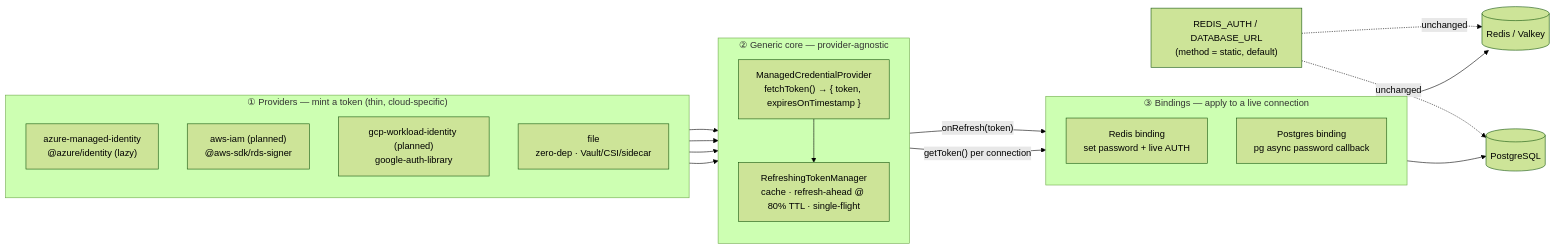
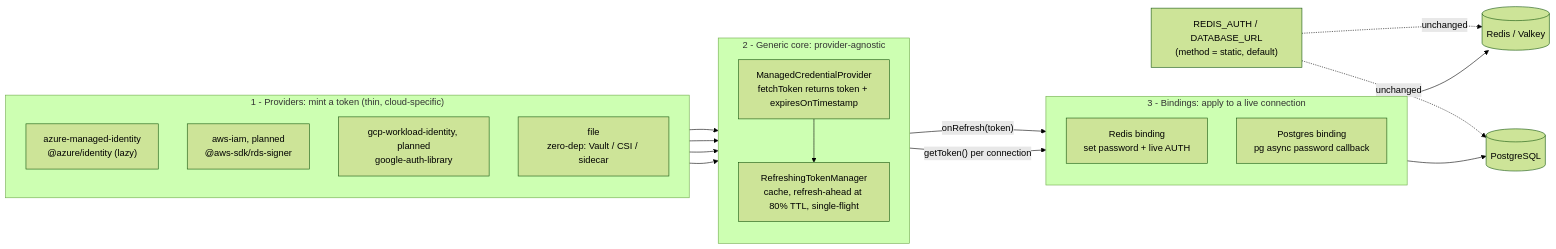
Before and after one commit to langfuse/langfuse: the first of 3 diagrams in packages/shared/src/server/auth/credentials/README.md, drawn with Mermaid (forest theme). The commit also changed other lines of this file, not shown here.

Commit message:
docs(redis): fix mermaid rendering and explain static-bypass rationale

````diff
--- a/packages/shared/src/server/auth/credentials/README.md
+++ b/packages/shared/src/server/auth/credentials/README.md
@@ -19,37 +19,37 @@
 ```mermaid
 flowchart LR
-  subgraph P["① Providers — mint a token (thin, cloud-specific)"]
+  subgraph P["1 - Providers: mint a token (thin, cloud-specific)"]
     direction TB
     AZ["azure-managed-identity<br/>@azure/identity (lazy)"]
-    AWS["aws-iam (planned)<br/>@aws-sdk/rds-signer"]
-    GCP["gcp-workload-identity (planned)<br/>google-auth-library"]
-    FILE["file<br/>zero-dep · Vault/CSI/sidecar"]
+    AWS["aws-iam, planned<br/>@aws-sdk/rds-signer"]
+    GCP["gcp-workload-identity, planned<br/>google-auth-library"]
+    FILE["file<br/>zero-dep: Vault / CSI / sidecar"]
   end
 
-  subgraph C["② Generic core — provider-agnostic"]
+  subgraph C["2 - Generic core: provider-agnostic"]
     direction TB
-    IFACE["ManagedCredentialProvider<br/>fetchToken() → { token, expiresOnTimestamp }"]
-    MGR["RefreshingTokenManager<br/>cache · refresh-ahead @ 80% TTL · single-flight"]
+    IFACE["ManagedCredentialProvider<br/>fetchToken returns token + expiresOnTimestamp"]
+    MGR["RefreshingTokenManager<br/>cache, refresh-ahead at 80% TTL, single-flight"]
     IFACE --> MGR
   end
 
-  subgraph B["③ Bindings — apply to a live connection"]
+  subgraph B["3 - Bindings: apply to a live connection"]
     direction TB
     RB["Redis binding<br/>set password + live AUTH"]
     PB["Postgres binding<br/>pg async password callback"]
   end
 
   AZ --> IFACE
   AWS --> IFACE
   GCP --> IFACE
   FILE --> IFACE
 
   MGR -->|"onRefresh(token)"| RB
   MGR -->|"getToken() per connection"| PB
 
   RB --> REDIS[("Redis / Valkey")]
   PB --> PG[("PostgreSQL")]
 
   STATIC["REDIS_AUTH / DATABASE_URL<br/>(method = static, default)"] -.->|unchanged| REDIS
   STATIC -.->|unchanged| PG
 ```
````
